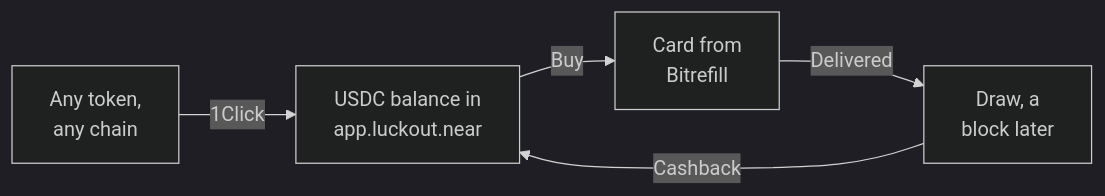
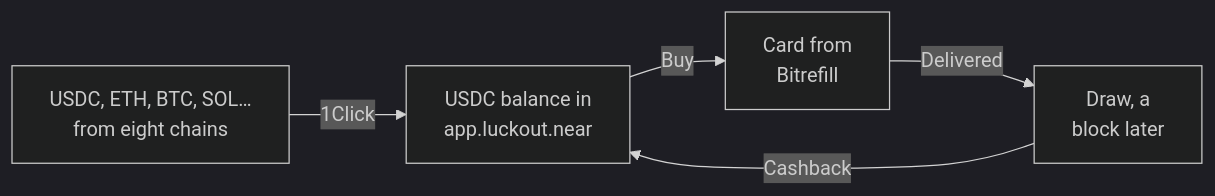
One commit to hrsh22/luckout changed the diagram in README.md. Above: the diagram before and after it, drawn with Mermaid (dark theme). The commit also changed other lines of this file and 10 other files, not shown here.

````diff
--- a/README.md
+++ b/README.md
@@ -56,7 +57,7 @@
 ```mermaid
 flowchart LR
-  A["Any token,<br/>any chain"] -->|"1Click"| B["USDC balance in<br/>app.luckout.near"]
+  A["USDC, ETH, BTC, SOL…<br/>from eight chains"] -->|"1Click"| B["USDC balance in<br/>app.luckout.near"]
   B -->|"Buy"| C["Card from<br/>Bitrefill"]
   C -->|"Delivered"| D["Draw, a<br/>block later"]
   D -->|"Cashback"| B
 ```
````
